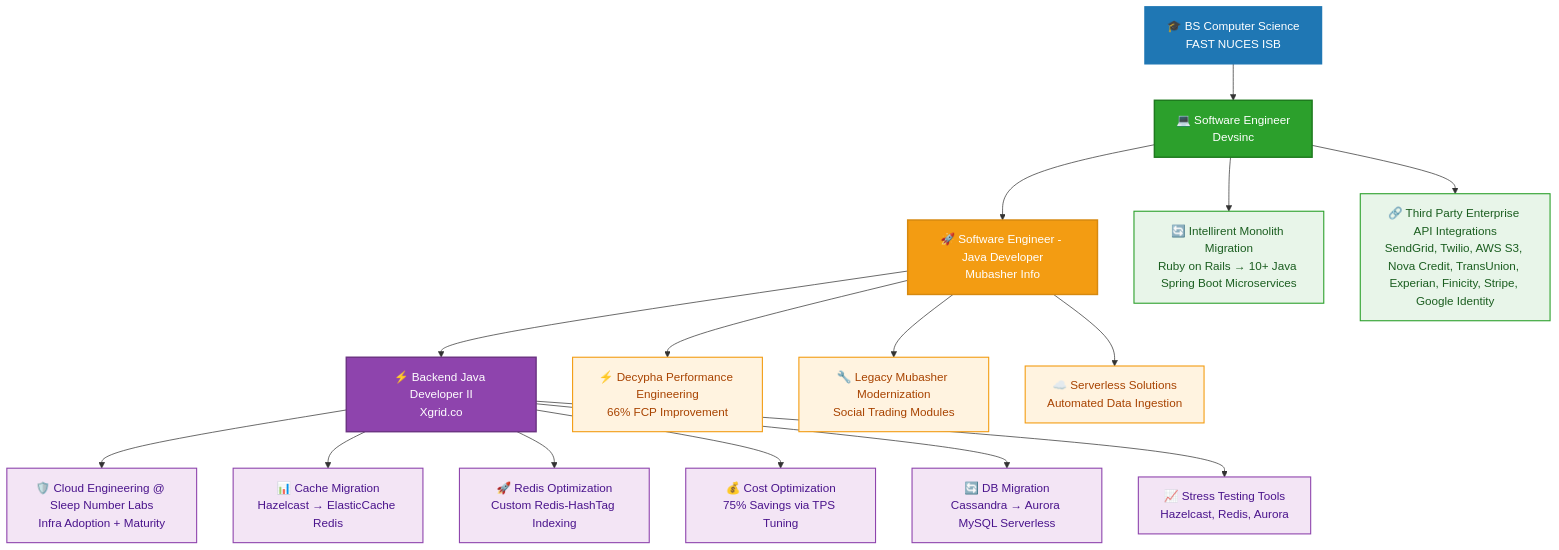
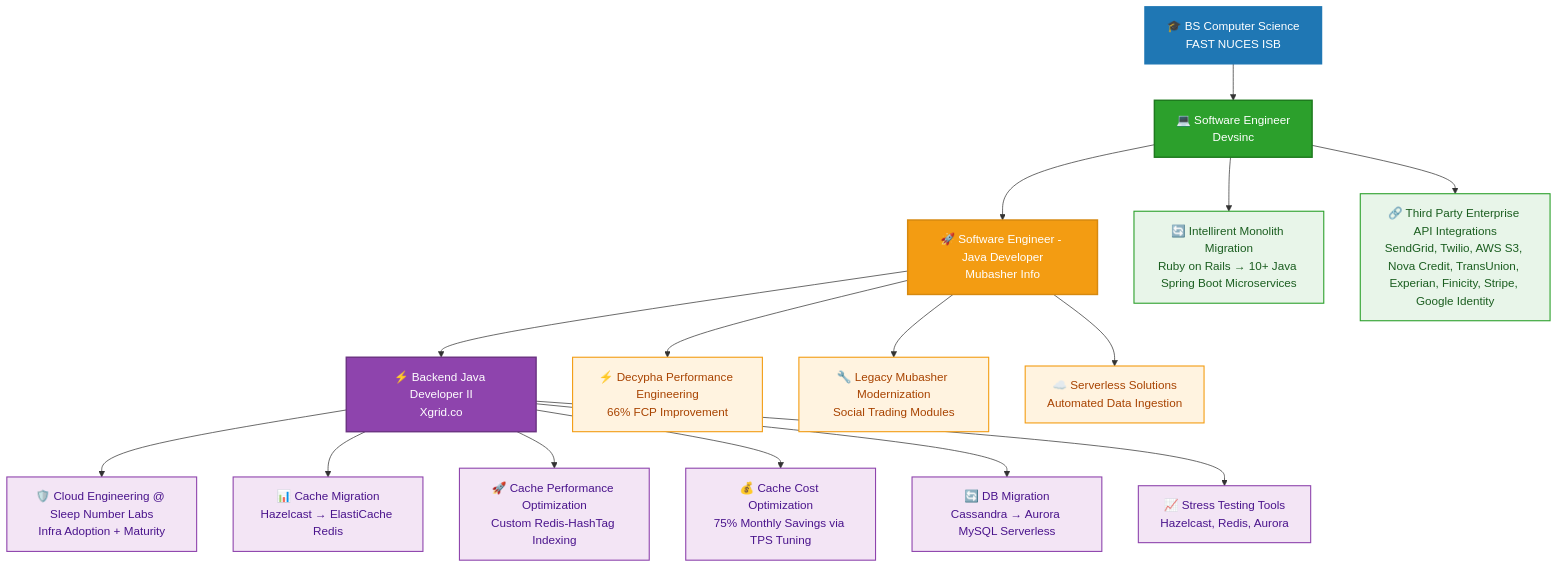
The diagram in README.md (khawaja-abdullah/khawaja-abdullah), drawn with Mermaid before and after one commit. The commit also changed other lines of this file, not shown here.

Commit message:
minor updates

````diff
--- a/README.md
+++ b/README.md
@@ -152,43 +152,43 @@
 ```mermaid
 flowchart TD
     A[🎓 BS Computer Science<br/>FAST NUCES ISB] --> B[💻 Software Engineer<br/>Devsinc]
     B --> C[🚀 Software Engineer - Java Developer<br/>Mubasher Info]
     C --> D[⚡ Backend Java Developer II<br/>Xgrid.co]
     
     B --> B1[🔄 Intellirent Monolith Migration<br/>Ruby on Rails → 10+ Java Spring Boot Microservices]
     B --> B2[🔗 Third Party Enterprise API Integrations<br/>SendGrid, Twilio, AWS S3, Nova Credit, TransUnion, Experian, Finicity, Stripe, Google Identity]
     
     C --> C1[⚡ Decypha Performance Engineering<br/>66% FCP Improvement]
     C --> C2[🔧 Legacy Mubasher Modernization<br/>Social Trading Modules]
     C --> C3[☁️ Serverless Solutions<br/>Automated Data Ingestion]
     
     D --> D1[🛡️ Cloud Engineering @ Sleep Number Labs<br/>Infra Adoption + Maturity]
-    D --> D2[📊 Cache Migration<br/>Hazelcast → ElasticCache Redis]
-    D --> D3[🚀 Redis Optimization<br/>Custom Redis-HashTag Indexing]
-    D --> D4[💰 Cost Optimization<br/>75% Savings via TPS Tuning]
+    D --> D2[📊 Cache Migration<br/>Hazelcast → ElastiCache Redis]
+    D --> D3[🚀 Cache Performance Optimization<br/>Custom Redis-HashTag Indexing]
+    D --> D4[💰 Cache Cost Optimization<br/>75% Monthly Savings via TPS Tuning]
     D --> D5[🔄 DB Migration<br/>Cassandra → Aurora MySQL Serverless]
     D --> D6[📈 Stress Testing Tools<br/>Hazelcast, Redis, Aurora]
 
     %% Main Nodes
     style A fill:#1F77B4,stroke:#1F77B4,stroke-width:2px,color:#ffffff
     style B fill:#2CA02C,stroke:#1E7A1E,stroke-width:2px,color:#ffffff
     style C fill:#F39C12,stroke:#D68910,stroke-width:2px,color:#ffffff
     style D fill:#8E44AD,stroke:#6C3483,stroke-width:2px,color:#ffffff
 
     %% Devsinc Nodes
     style B1 fill:#E8F5E9,stroke:#2CA02C,stroke-width:1.5px,color:#1B5E20
     style B2 fill:#E8F5E9,stroke:#2CA02C,stroke-width:1.5px,color:#1B5E20
 
     %% Mubasher Nodes
     style C1 fill:#FFF3E0,stroke:#F39C12,stroke-width:1.5px,color:#A84300
     style C2 fill:#FFF3E0,stroke:#F39C12,stroke-width:1.5px,color:#A84300
     style C3 fill:#FFF3E0,stroke:#F39C12,stroke-width:1.5px,color:#A84300
 
     %% Xgrid Nodes
     style D1 fill:#F3E5F5,stroke:#8E44AD,stroke-width:1.5px,color:#4A148C
     style D2 fill:#F3E5F5,stroke:#8E44AD,stroke-width:1.5px,color:#4A148C
     style D3 fill:#F3E5F5,stroke:#8E44AD,stroke-width:1.5px,color:#4A148C
     style D4 fill:#F3E5F5,stroke:#8E44AD,stroke-width:1.5px,color:#4A148C
     style D5 fill:#F3E5F5,stroke:#8E44AD,stroke-width:1.5px,color:#4A148C
     style D6 fill:#F3E5F5,stroke:#8E44AD,stroke-width:1.5px,color:#4A148C
 ```
````
